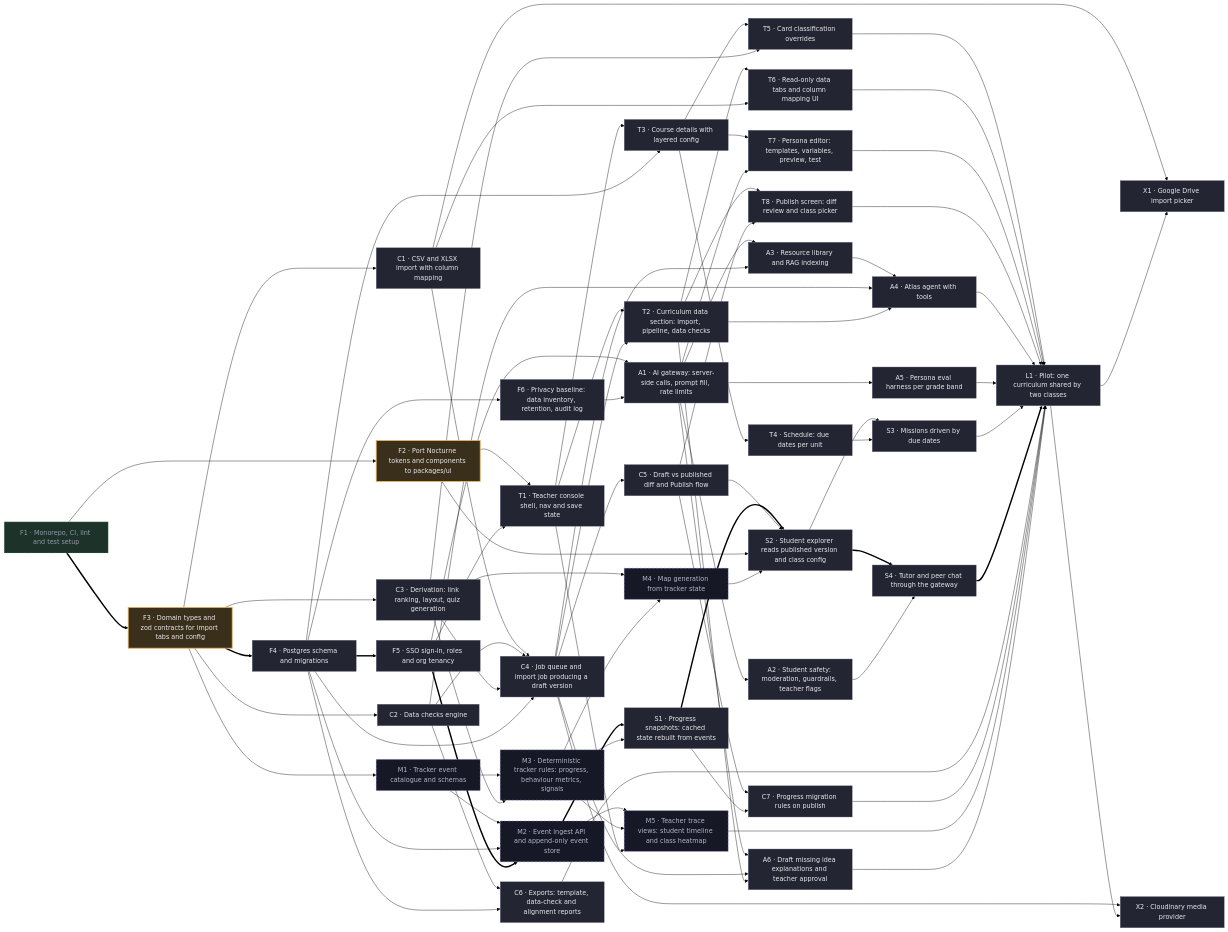
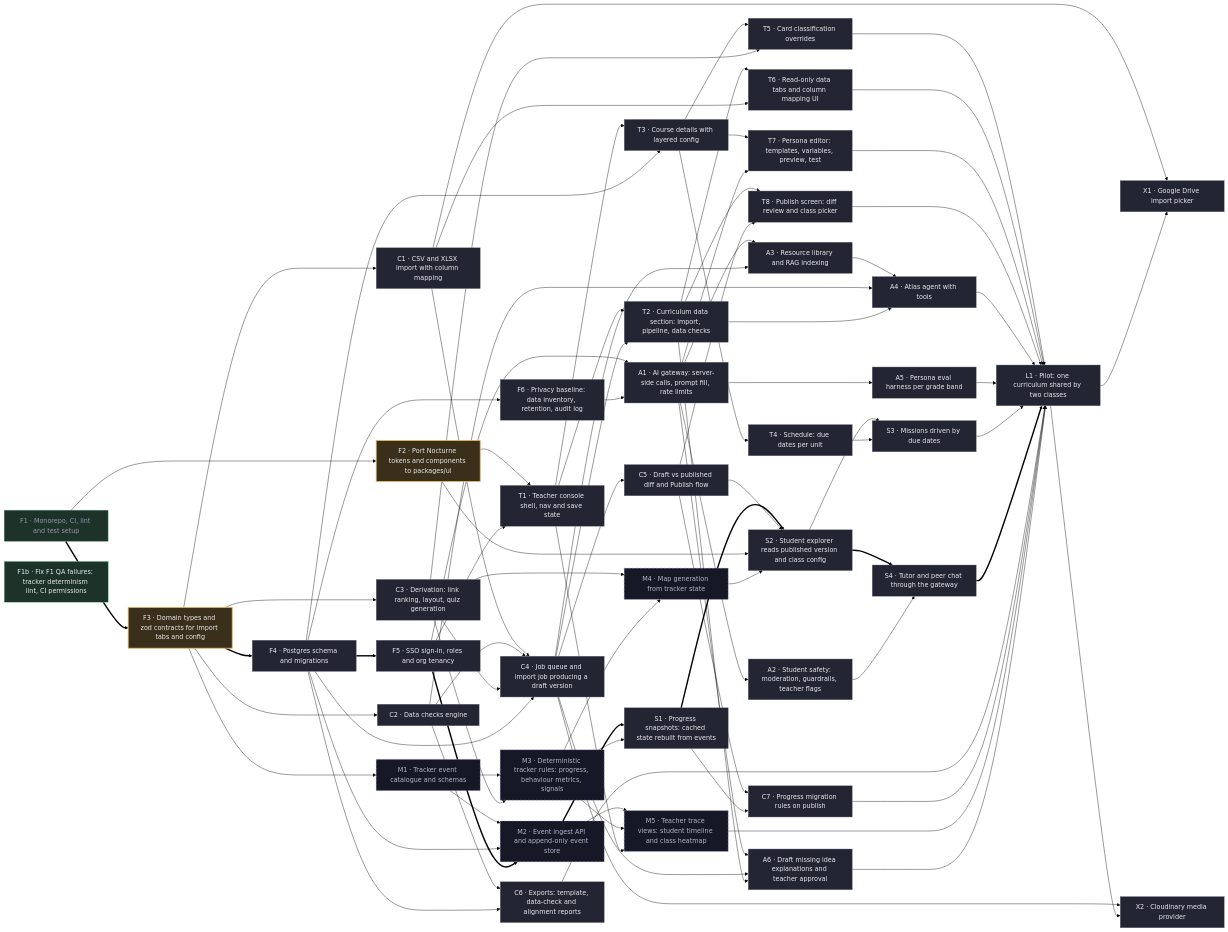
One commit to tenkevin/mind-your-tutor changed the diagram in docs/PLAN.md. Above: the diagram before and after it, drawn with Mermaid (forest theme). The commit also changed other lines of this file and 3 other files, not shown here.

````diff
--- a/docs/PLAN.md
+++ b/docs/PLAN.md
@@ -78,6 +82,7 @@
 ```mermaid
 flowchart LR
   F1["F1 · Monorepo, CI, lint and test setup"]
+  F1b["F1b · Fix F1 QA failures: tracker determinism lint, CI permissions"]
   F2["F2 · Port Nocturne tokens and components to packages/ui"]
   F3["F3 · Domain types and zod contracts for import tabs and config"]
   F4["F4 · Postgres schema and migrations"]
@@ -206,5 +211,6 @@
   class F4,F5,F6,C1,C2,C3,C4,C5,C6,C7,T1,T2,T3,T4,T5,T6,T7,T8,A1,A2,A3,A4,A5,A6,S1,S2,S3,S4,L1,X1,X2 todo
   class F2,F3 review
   class F1 done
+  class F1b ready
   class M1,M2,M3,M4,M5 spec
 ```
````
